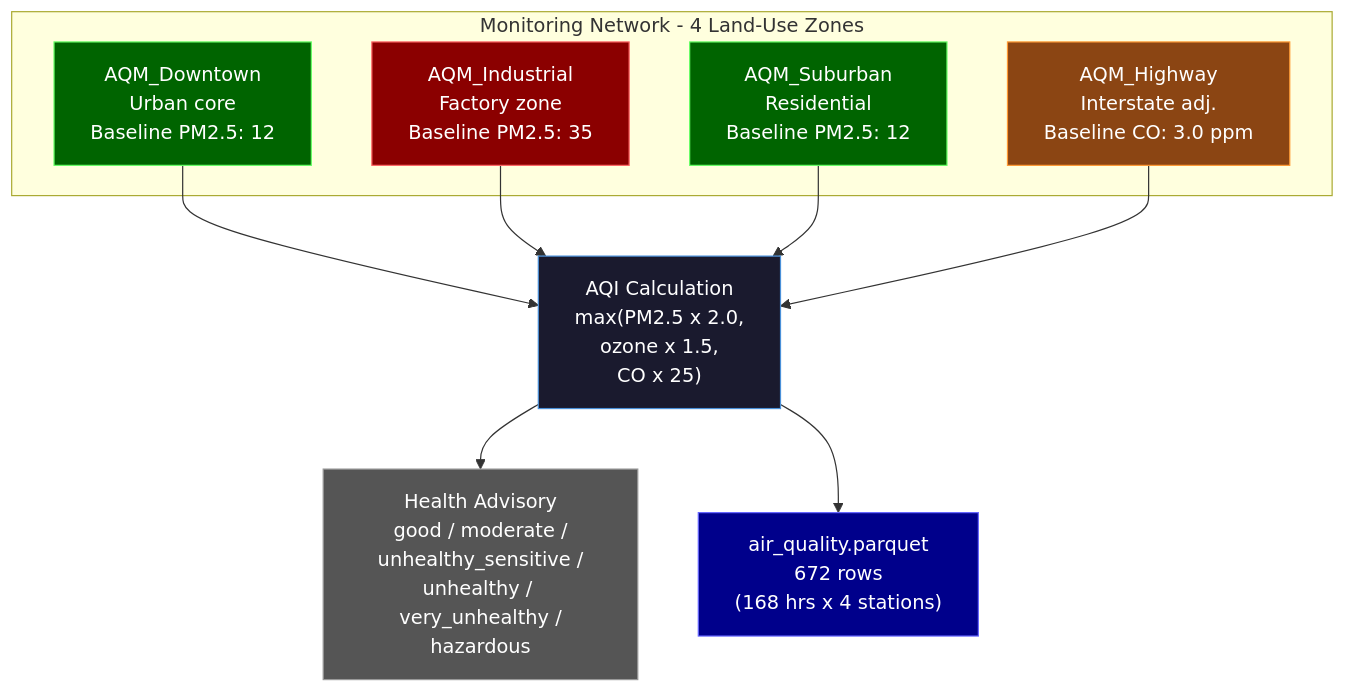
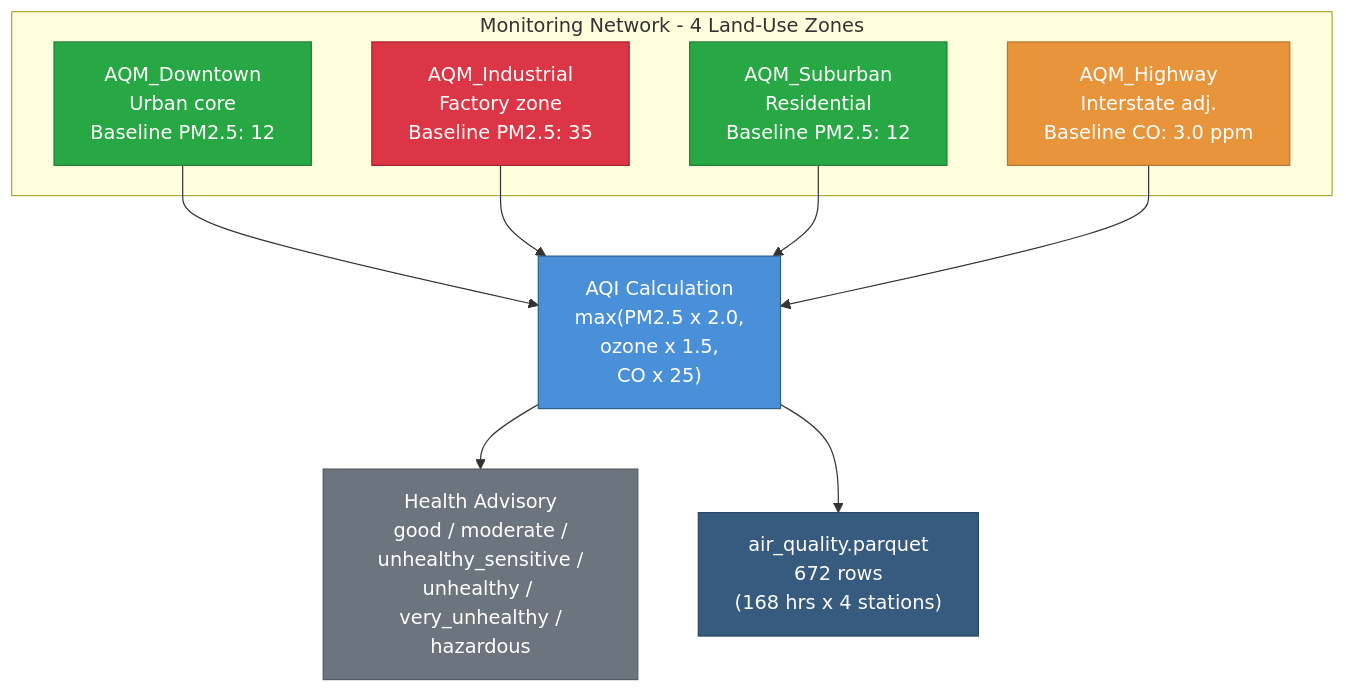
One commit to henryodibi11/Odibi changed the second of 3 diagrams in docs/simulation/patterns/environmental.md. Above: the diagram before and after it, drawn with Mermaid. The commit also changed other lines of this file and 7 other files, not shown here.

First line of the commit message:
Fix mermaid diagram colors for readability across all 26 diagrams

````diff
--- a/docs/simulation/patterns/environmental.md
+++ b/docs/simulation/patterns/environmental.md
@@ -267,26 +267,26 @@
 ```mermaid
 flowchart TB
     subgraph Zones["Monitoring Network - 4 Land-Use Zones"]
         DT["AQM_Downtown\nUrban core\nBaseline PM2.5: 12"]
         IND["AQM_Industrial\nFactory zone\nBaseline PM2.5: 35"]
         SUB["AQM_Suburban\nResidential\nBaseline PM2.5: 12"]
         HWY["AQM_Highway\nInterstate adj.\nBaseline CO: 3.0 ppm"]
     end
 
     DT --> AQI["AQI Calculation\nmax(PM2.5 x 2.0,\nozone x 1.5,\nCO x 25)"]
     IND --> AQI
     SUB --> AQI
     HWY --> AQI
 
     AQI --> HA["Health Advisory\ngood / moderate /\nunhealthy_sensitive /\nunhealthy / very_unhealthy /\nhazardous"]
 
     AQI --> OUT["air_quality.parquet\n672 rows\n(168 hrs x 4 stations)"]
 
-    style DT fill:#006400,stroke:#66ff66,color:#ffffff
-    style IND fill:#8B0000,stroke:#ff6666,color:#ffffff
-    style SUB fill:#006400,stroke:#66ff66,color:#ffffff
-    style HWY fill:#8B4513,stroke:#ff9933,color:#ffffff
-    style AQI fill:#1a1a2e,stroke:#4a90d9,color:#ffffff
-    style HA fill:#555555,stroke:#999999,color:#ffffff
-    style OUT fill:#00008B,stroke:#6666ff,color:#ffffff
+    style DT fill:#28a745,stroke:#1e7e34,color:#ffffff
+    style IND fill:#dc3545,stroke:#a71d2a,color:#ffffff
+    style SUB fill:#28a745,stroke:#1e7e34,color:#ffffff
+    style HWY fill:#e8943a,stroke:#b8732e,color:#ffffff
+    style AQI fill:#4a90d9,stroke:#2c5f8a,color:#ffffff
+    style HA fill:#6c757d,stroke:#545b62,color:#ffffff
+    style OUT fill:#375a7f,stroke:#2c4866,color:#ffffff
 ```
````
